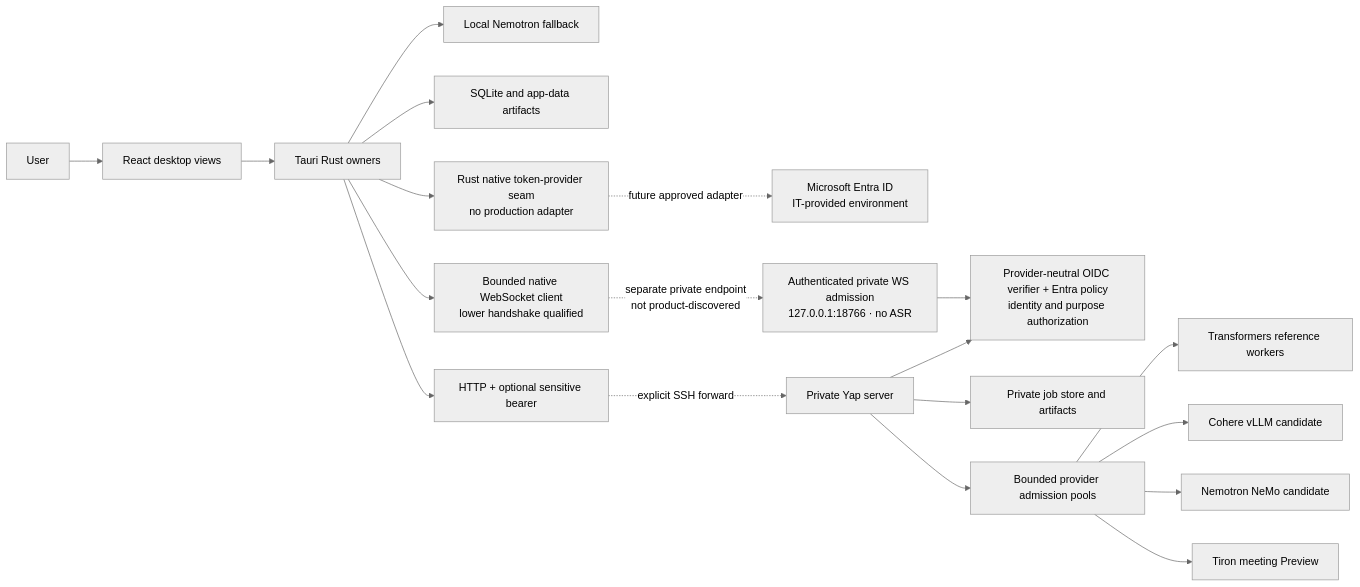
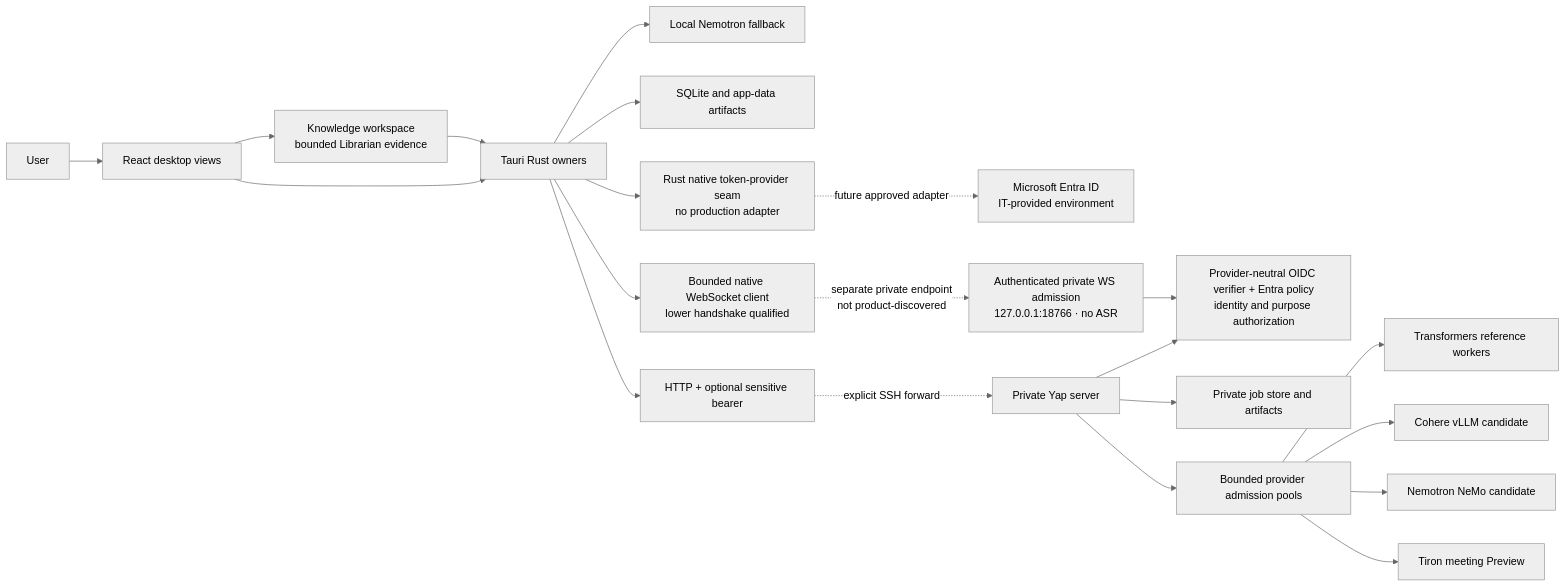
Before and after one commit to ZoOtMcNoOt/yap: the diagram in docs/architecture/CURRENT-ARCHITECTURE.md, drawn with Mermaid (neutral theme). The commit also changed other lines of this file and 18 other files, not shown here.

````diff
--- a/docs/architecture/CURRENT-ARCHITECTURE.md
+++ b/docs/architecture/CURRENT-ARCHITECTURE.md
@@ -92,21 +99,23 @@
 ```mermaid
 flowchart LR
   User["User"] --> UI["React desktop views"]
   UI --> Native["Tauri Rust owners"]
   Native --> Local["Local Nemotron fallback"]
   Native --> DB["SQLite and app-data artifacts"]
   Native --> Identity["Rust native token-provider seam\nno production adapter"]
   Identity -. "future approved adapter" .-> Entra["Microsoft Entra ID\nIT-provided environment"]
   Native --> Loopback["HTTP + optional sensitive bearer"]
+  UI --> Knowledge["Knowledge workspace\nbounded Librarian evidence"]
+  Knowledge --> Native
   Loopback -. "explicit SSH forward" .-> Server["Private Yap server"]
   Native --> LiveClient["Bounded native WebSocket client\nlower handshake qualified"]
   LiveClient -. "separate private endpoint\nnot product-discovered" .-> Live["Authenticated private WS admission\n127.0.0.1:18766 · no ASR"]
   Server --> Auth["Provider-neutral OIDC verifier + Entra policy\nidentity and purpose authorization"]
   Live --> Auth
   Server --> Store["Private job store and artifacts"]
   Server --> Pool["Bounded provider admission pools"]
   Pool --> Reference["Transformers reference workers"]
   Pool --> Cohere["Cohere vLLM candidate"]
   Pool --> NeMo["Nemotron NeMo candidate"]
   Pool --> Tiron["Tiron meeting Preview"]
 ```
````
